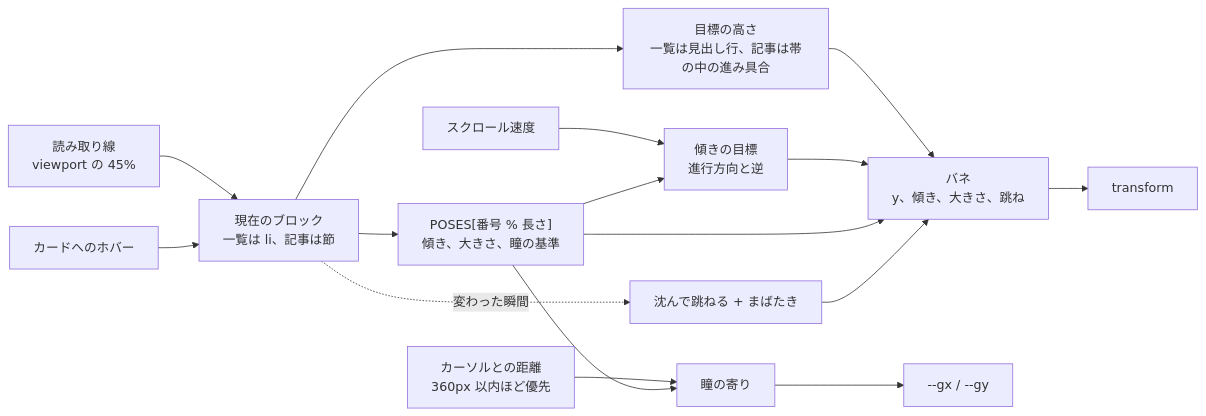
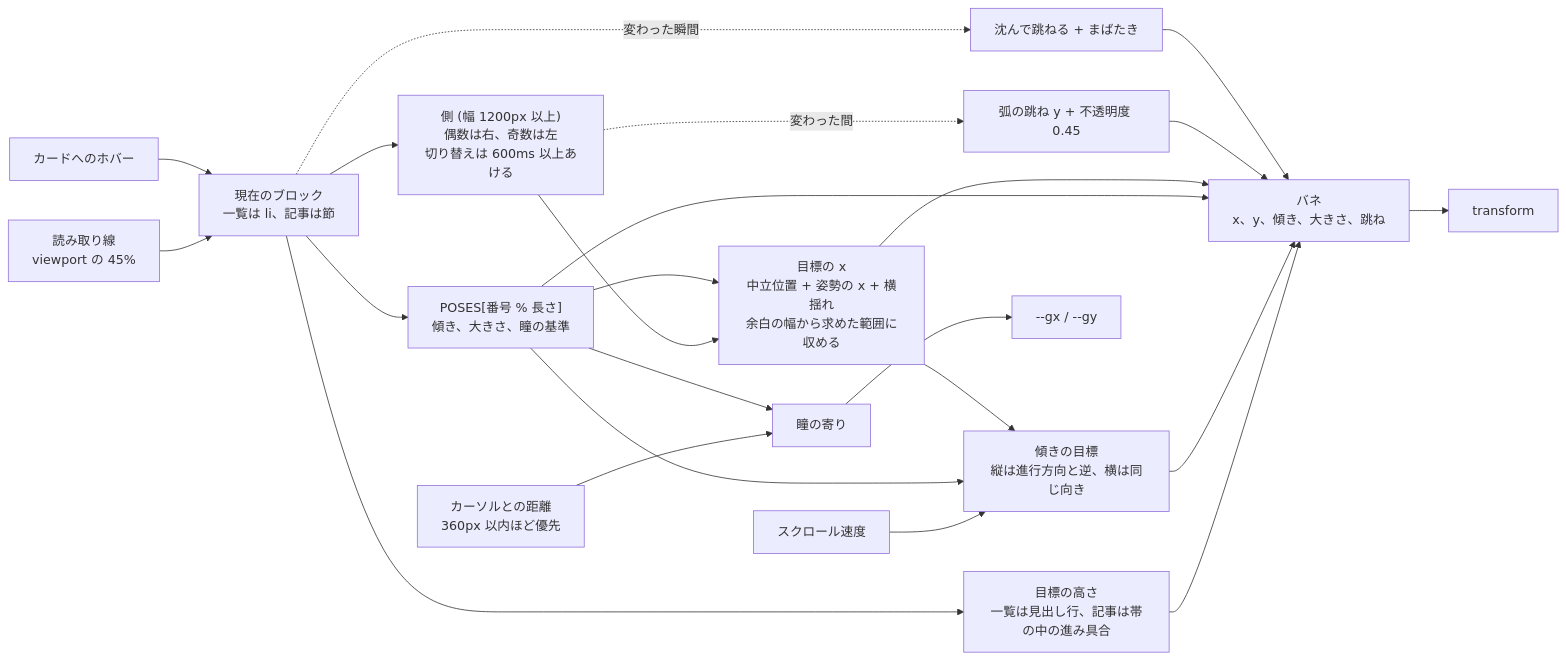
Before and after one commit to Asuforce/arki: the first of 2 diagrams in docs/architecture.md, drawn with Mermaid. The commit also changed other lines of this file and 1 other file, not shown here.

Commit message:
architecture.md にゴーストの横の動きを足す

````diff
--- a/docs/architecture.md
+++ b/docs/architecture.md
@@ -60,18 +62,25 @@
 ```mermaid
 flowchart LR
   L["読み取り線<br/>viewport の 45%"] --> B["現在のブロック<br/>一覧は li、記事は節"]
   H["カードへのホバー"] --> B
   B --> P["POSES[番号 % 長さ]<br/>傾き、大きさ、瞳の基準"]
   B --> T["目標の高さ<br/>一覧は見出し行、記事は帯の中の進み具合"]
-  V["スクロール速度"] --> R["傾きの目標<br/>進行方向と逆"]
+  V["スクロール速度"] --> R["傾きの目標<br/>縦は進行方向と逆、横は同じ向き"]
   P --> R
-  T --> S["バネ<br/>y、傾き、大きさ、跳ね"]
+  T --> S["バネ<br/>x、y、傾き、大きさ、跳ね"]
   R --> S
   P --> S
+  B --> D["側 (幅 1200px 以上)<br/>偶数は右、奇数は左<br/>切り替えは 600ms 以上あける"]
+  D --> X["目標の x<br/>中立位置 + 姿勢の x + 横揺れ<br/>余白の幅から求めた範囲に収める"]
+  P --> X
+  X --> S
+  X --> R
+  D -. "変わった間" .-> O["弧の跳ね y + 不透明度 0.45"]
+  O --> S
   B -. "変わった瞬間" .-> J["沈んで跳ねる + まばたき"]
   J --> S
   C["カーソルとの距離<br/>360px 以内ほど優先"] --> G["瞳の寄り"]
   P --> G
   S --> E["transform"]
   G --> Q["--gx / --gy"]
 ```
````
